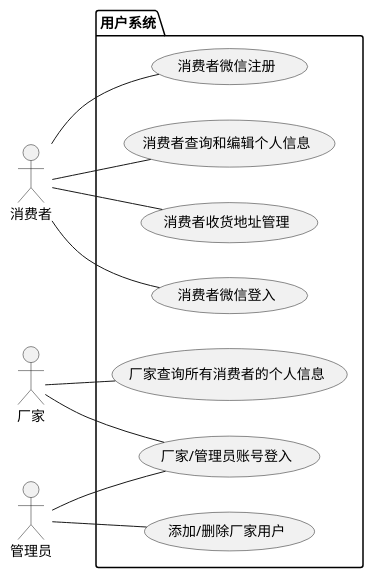
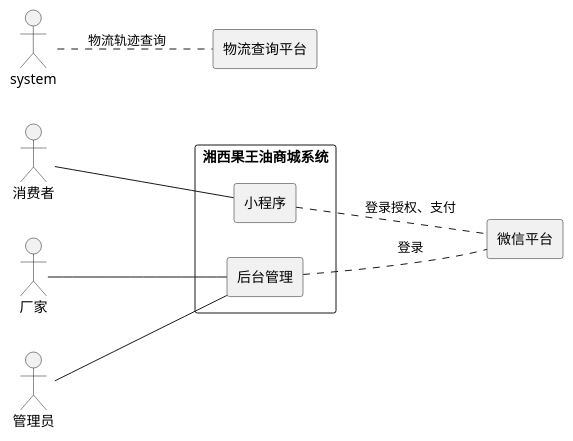
One commit to PassertlonG/xxgwp changed the first of 15 diagrams in docs/软件需求规格说明书.md. Above: the diagram before and after it, drawn with PlantUML. The commit also changed other lines of this file and 4 other files, not shown here.

````diff
--- a/docs/软件需求规格说明书.md
+++ b/docs/软件需求规格说明书.md
@@ -171,30 +92,25 @@
 ```plantuml
-@startuml
+@startuml 系统概览
 left to right direction
+
 actor "消费者" as consumer
 actor "厂家" as manufacturer
 actor "管理员" as admin
 
-package 用户系统 {
+rectangle "湘西果王油商城系统" {
+  rectangle "小程序" as miniapp
+  rectangle "后台管理" as h5
+}
 
-usecase "消费者微信登入" as UC101
-usecase "消费者微信注册" as UC102
-usecase "厂家/管理员账号登入" as UC103
-usecase "添加/删除厂家用户" as UC104
-usecase "消费者查询和编辑个人信息" as UC105
-usecase "消费者收货地址管理" as UC106
-usecase "厂家查询所有消费者的个人信息" as UC107
+consumer -- miniapp
+manufacturer -- h5
+admin -- h5
 
-}
-consumer -- UC101
-consumer -- UC102
-consumer -- UC105
-consumer -- UC106
+rectangle "微信平台" as wx
+rectangle "物流查询平台" as logistics
 
-manufacturer -- UC103
-manufacturer -- UC107
-
-admin -- UC103
-admin -- UC104
+miniapp .. wx : 登录授权、支付
+h5 .. wx : 登录
+system .. logistics : 物流轨迹查询
 @enduml
 ```
````
